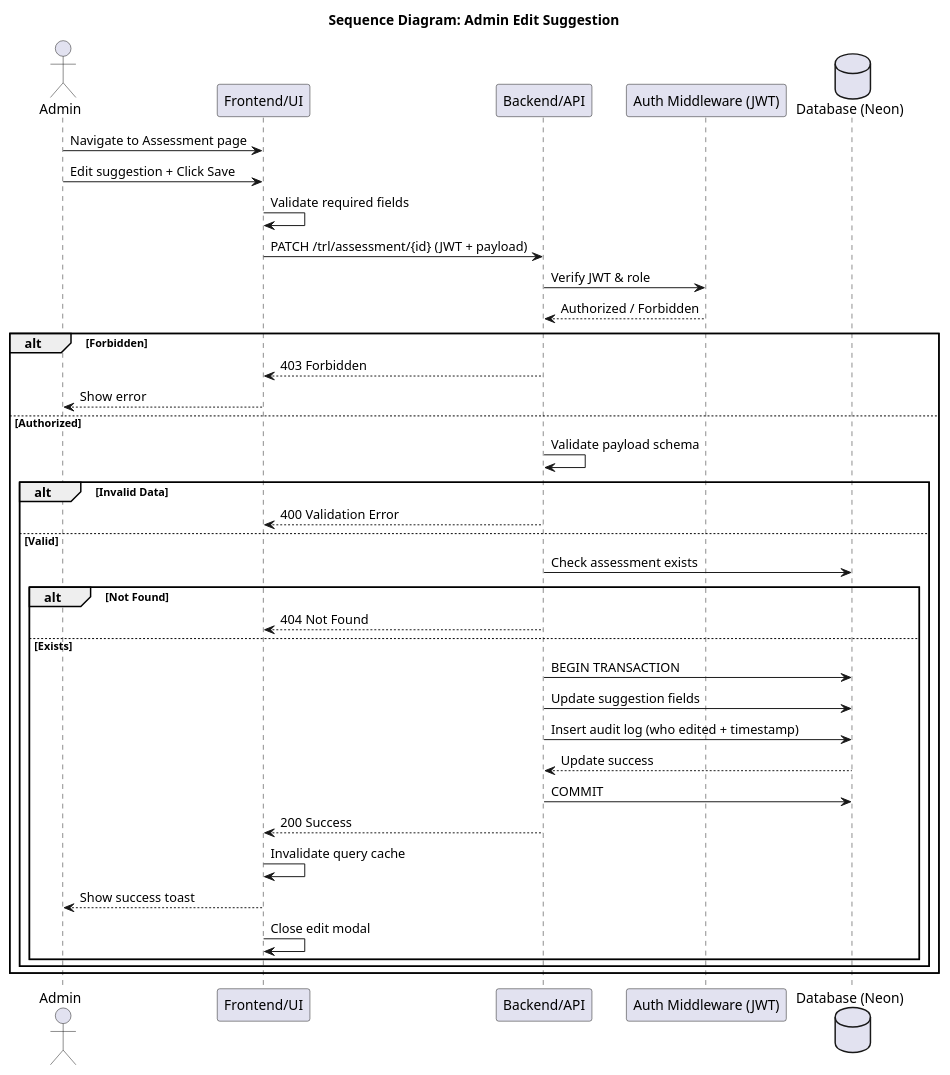
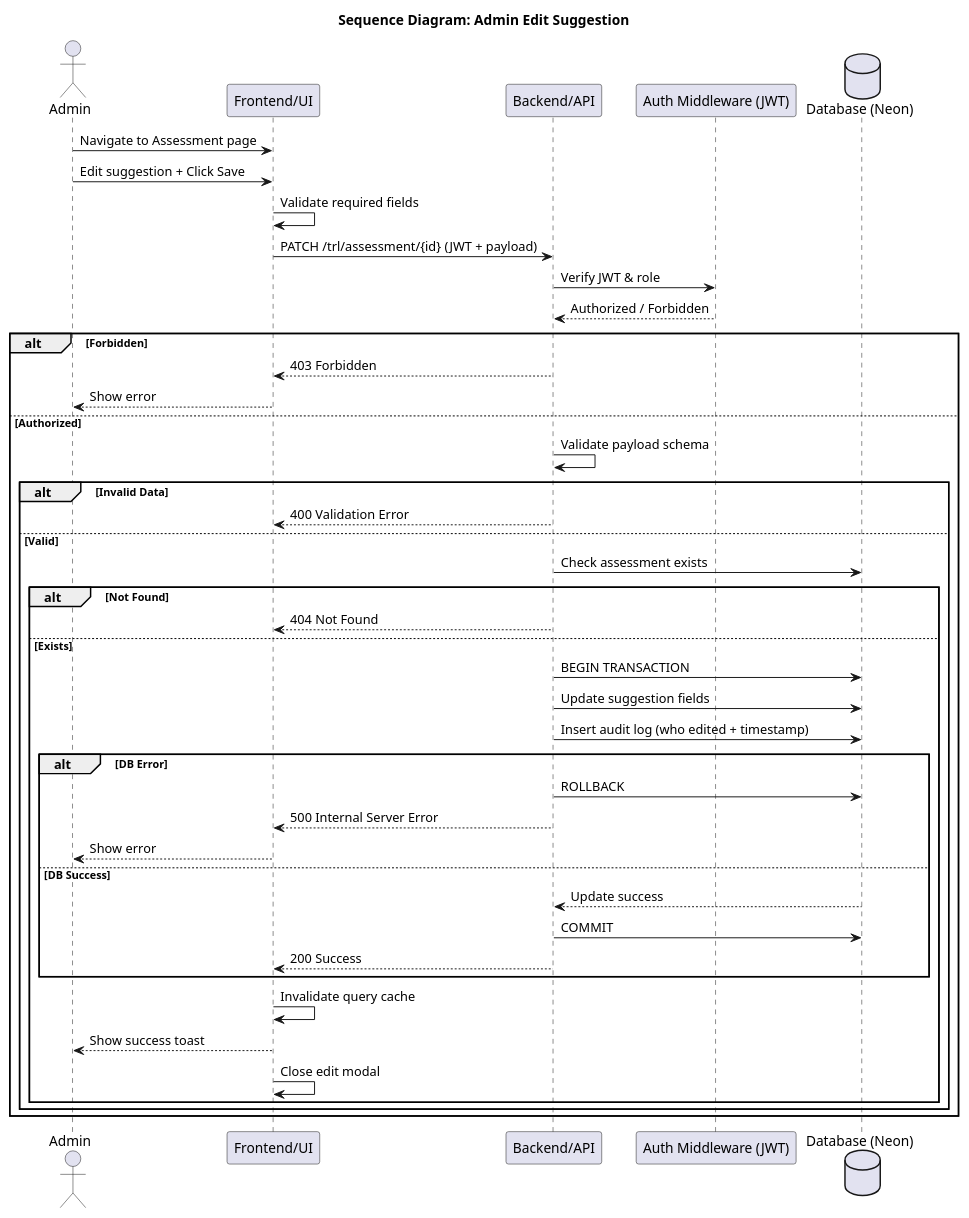
The diagram in sequence diagram/admin/admin_edit_suggestion.puml (punyanuch-h/trl-research-frontend), drawn with PlantUML before and after one commit. The commit also changed 2 other files, not shown here.

```diff
--- a/sequence diagram/admin/admin_edit_suggestion.puml
+++ b/sequence diagram/admin/admin_edit_suggestion.puml
@@ -1,46 +1,52 @@
 @startuml
 title Sequence Diagram: Admin Edit Suggestion
 
 actor Admin
 participant "Frontend/UI" as UI
 participant "Backend/API" as API
 participant "Auth Middleware (JWT)" as AUTH
 database "Database (Neon)" as DB
 
 Admin -> UI: Navigate to Assessment page
 
 Admin -> UI: Edit suggestion + Click Save
 UI -> UI: Validate required fields
 UI -> API: PATCH /trl/assessment/{id} (JWT + payload)
 
 API -> AUTH: Verify JWT & role
 AUTH --> API: Authorized / Forbidden
 
 alt Forbidden
     API --> UI: 403 Forbidden
     UI --> Admin: Show error
 else Authorized
     API -> API: Validate payload schema
     alt Invalid Data
         API --> UI: 400 Validation Error
     else Valid
         API -> DB: Check assessment exists
         alt Not Found
             API --> UI: 404 Not Found
         else Exists
             API -> DB: BEGIN TRANSACTION
             API -> DB: Update suggestion fields
             API -> DB: Insert audit log (who edited + timestamp)
-            DB --> API: Update success
-            API -> DB: COMMIT
-            API --> UI: 200 Success
+            alt DB Error
+                API -> DB: ROLLBACK
+                API --> UI: 500 Internal Server Error
+                UI --> Admin: Show error
+            else DB Success
+                DB --> API: Update success
+                API -> DB: COMMIT
+                API --> UI: 200 Success
+            end
             UI -> UI: Invalidate query cache
             UI --> Admin: Show success toast
             UI -> UI: Close edit modal
         end
     end
 end
 
 
 
 @enduml
```
